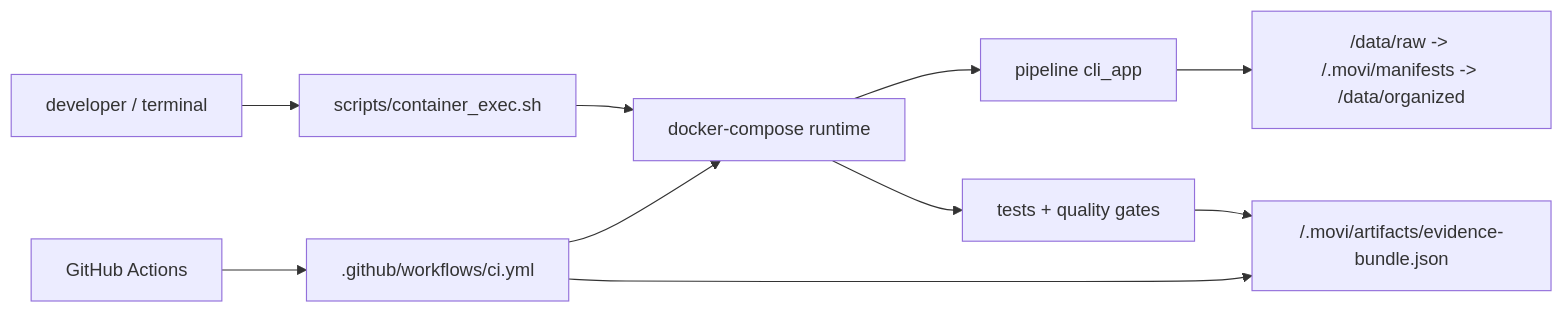
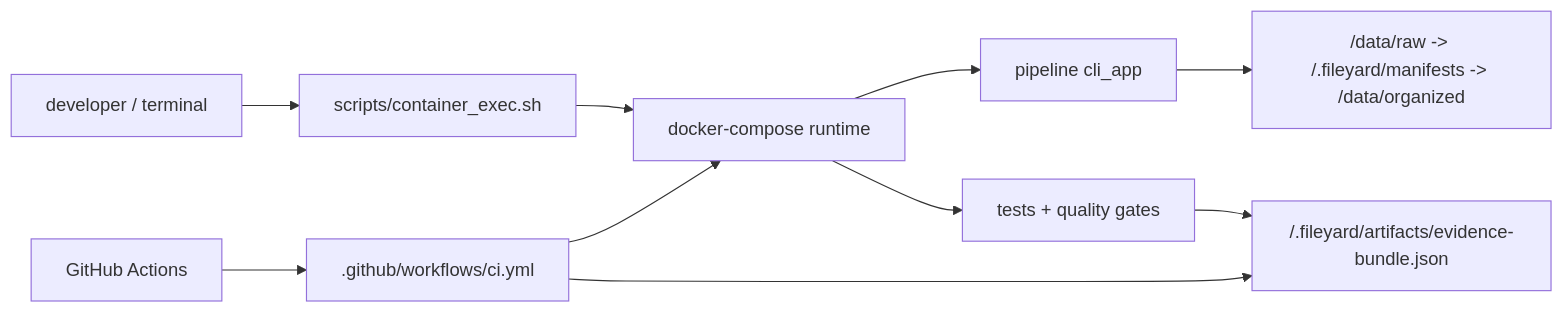
The second of 2 diagrams in docs/architecture.md (xiaojiou176-open/fileorganize), drawn with Mermaid before and after one commit. The commit also changed other lines of this file and 232 other files, not shown here.

````diff
--- a/docs/architecture.md
+++ b/docs/architecture.md
@@ -42,12 +42,12 @@
 ```mermaid
 graph LR
     A["developer / terminal"] --> B["scripts/container_exec.sh"]
     B --> C[docker-compose runtime]
     C --> D[pipeline cli_app]
-    D --> E[<workspace-root>/data/raw -> <workspace-root>/.movi/manifests -> <workspace-root>/data/organized]
+    D --> E[<workspace-root>/data/raw -> <workspace-root>/.fileyard/manifests -> <workspace-root>/data/organized]
     C --> F["tests + quality gates"]
-    F --> G[<workspace-root>/.movi/artifacts/evidence-bundle.json]
+    F --> G[<workspace-root>/.fileyard/artifacts/evidence-bundle.json]
     H[GitHub Actions] --> I[.github/workflows/ci.yml]
     I --> C
     I --> G
 ```
````
